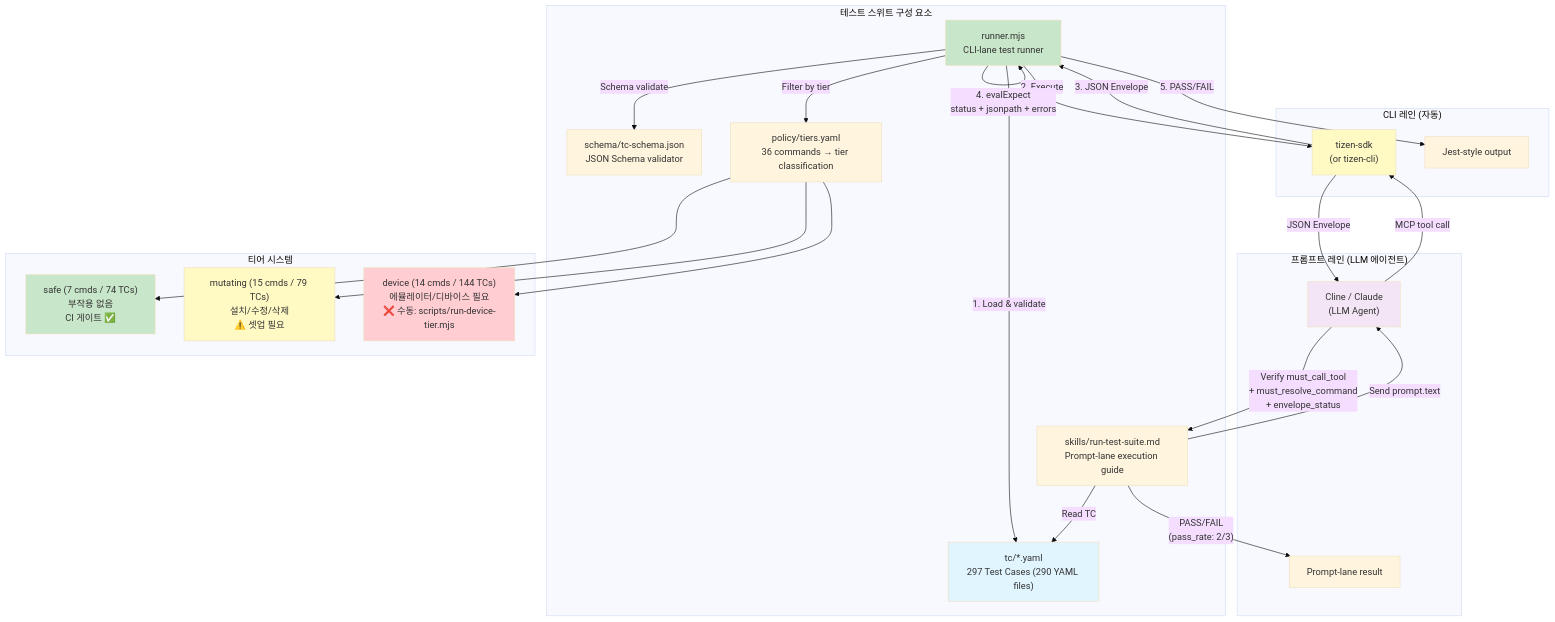
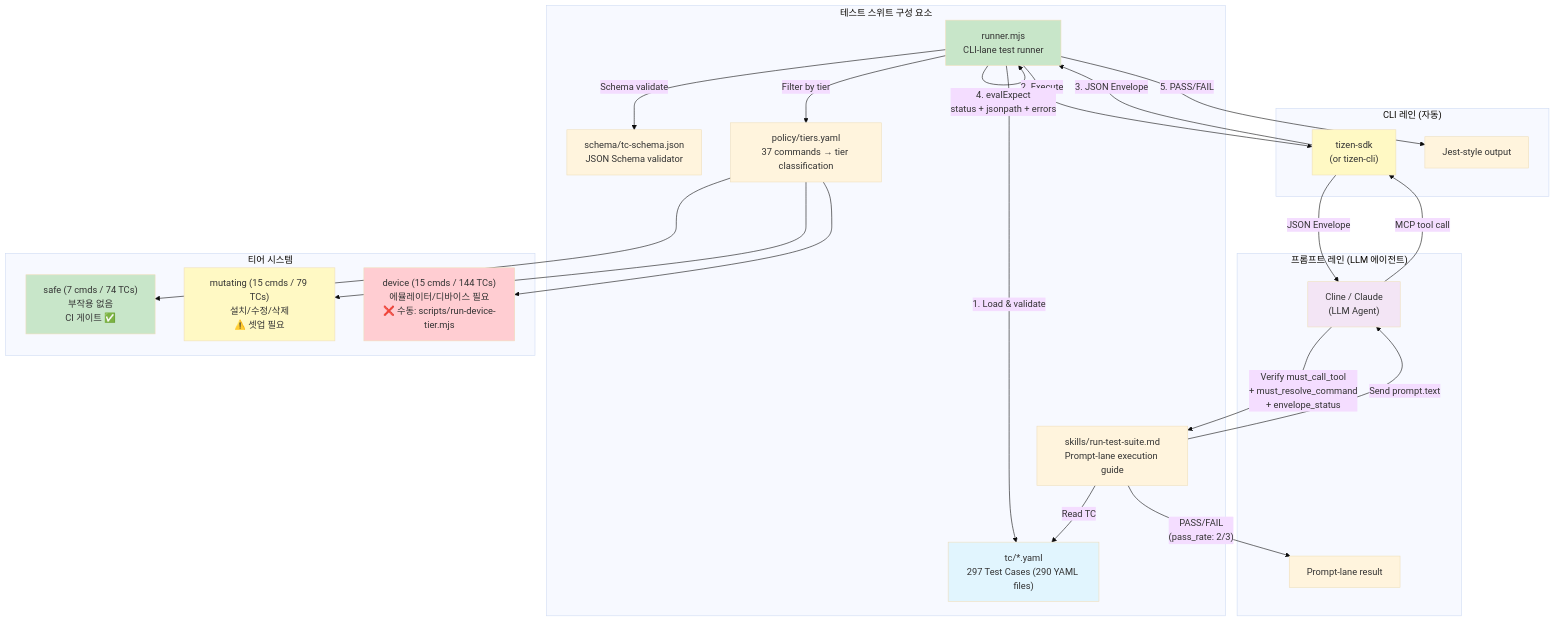
The first of 4 diagrams in tizen-sdk-skills/tests/README.ko.md (Samsung/tizen-agent-skills), drawn with Mermaid (base theme) before and after one commit. The commit also changed other lines of this file and 35 other files, not shown here.

````diff
--- a/tizen-sdk-skills/tests/README.ko.md
+++ b/tizen-sdk-skills/tests/README.ko.md
@@ -11,46 +11,46 @@
 ```mermaid
 graph TB
     subgraph "테스트 스위트 구성 요소"
         TC["tc/*.yaml<br/>297 Test Cases (290 YAML files)"]
         SCHEMA["schema/tc-schema.json<br/>JSON Schema validator"]
-        POLICY["policy/tiers.yaml<br/>36 commands → tier classification"]
+        POLICY["policy/tiers.yaml<br/>37 commands → tier classification"]
         RUNNER["runner.mjs<br/>CLI-lane test runner"]
         SKILLS["skills/run-test-suite.md<br/>Prompt-lane execution guide"]
     end
 
     subgraph "CLI 레인 (자동)"
         RUNNER -->|"1. Load & validate"| TC
         RUNNER -->|"Schema validate"| SCHEMA
         RUNNER -->|"Filter by tier"| POLICY
         RUNNER -->|"2. Execute"| PLUGIN["tizen-sdk<br/>(or tizen-cli)"]
         PLUGIN -->|"3. JSON Envelope"| RUNNER
         RUNNER -->|"4. evalExpect<br/>status + jsonpath + errors"| RUNNER
         RUNNER -->|"5. PASS/FAIL"| RESULT["Jest-style output"]
     end
 
     subgraph "프롬프트 레인 (LLM 에이전트)"
         SKILLS -->|"Read TC"| TC
         SKILLS -->|"Send prompt.text"| LLM["Cline / Claude<br/>(LLM Agent)"]
         LLM -->|"MCP tool call"| PLUGIN
         PLUGIN -->|"JSON Envelope"| LLM
         LLM -->|"Verify must_call_tool<br/>+ must_resolve_command<br/>+ envelope_status"| SKILLS
         SKILLS -->|"PASS/FAIL<br/>(pass_rate: 2/3)"| RESULT2["Prompt-lane result"]
     end
 
     subgraph "티어 시스템"
         SAFE["safe (7 cmds / 74 TCs)<br/>부작용 없음<br/>CI 게이트 ✅"]
         MUTATING["mutating (15 cmds / 79 TCs)<br/>설치/수정/삭제<br/>⚠️ 셋업 필요"]
-        DEVICE["device (14 cmds / 144 TCs)<br/>에뮬레이터/디바이스 필요<br/>❌ 수동: scripts/run-device-tier.mjs"]
+        DEVICE["device (15 cmds / 144 TCs)<br/>에뮬레이터/디바이스 필요<br/>❌ 수동: scripts/run-device-tier.mjs"]
         POLICY --> SAFE
         POLICY --> MUTATING
         POLICY --> DEVICE
     end
 
     style TC fill:#e1f5fe
     style RUNNER fill:#c8e6c9
     style PLUGIN fill:#fff9c4
     style LLM fill:#f3e5f5
     style SAFE fill:#c8e6c9
     style MUTATING fill:#fff9c4
     style DEVICE fill:#ffcdd2
 ```
````
